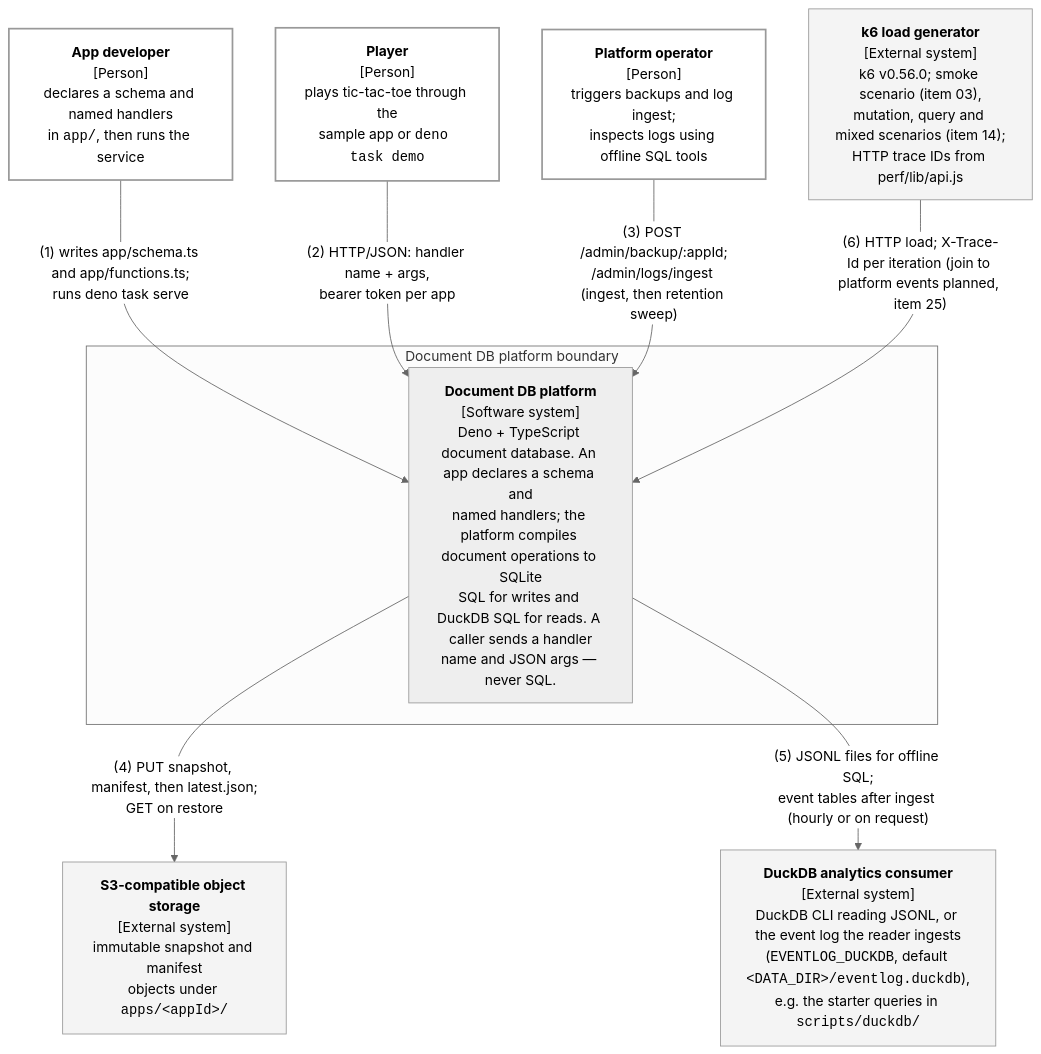
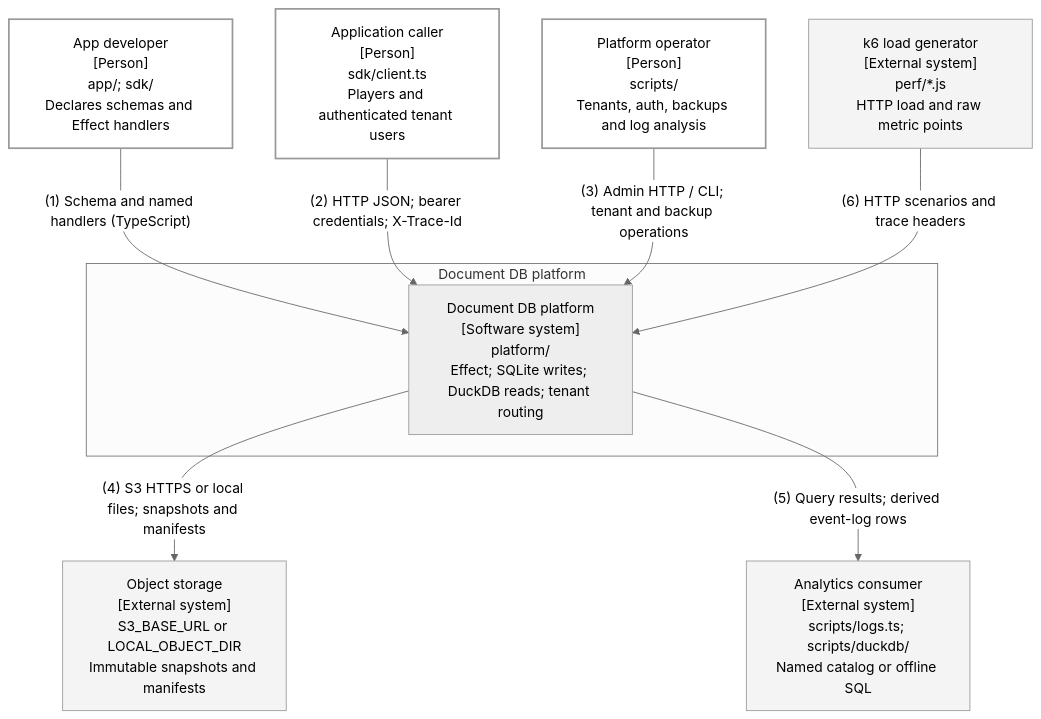
Before and after one commit to nickstrad/ts-db: the diagram in docs/architecture/c4-context-document-db.github.md, drawn with Mermaid (neutral theme). The commit also changed other lines of this file and 17 other files, not shown here.

````diff
--- a/docs/architecture/c4-context-document-db.github.md
+++ b/docs/architecture/c4-context-document-db.github.md
@@ -14,27 +6,27 @@
 ```mermaid
 flowchart TB
-    dev["<b>App developer</b><br/>[Person]<br/>declares a schema and named handlers<br/>in <code>app/</code>, then runs the service"]
-    player["<b>Player</b><br/>[Person]<br/>plays tic-tac-toe through the<br/>sample app or <code>deno task demo</code>"]
-    op["<b>Platform operator</b><br/>[Person]<br/>triggers backups and log ingest;<br/>inspects logs using offline SQL tools"]
-
-    subgraph system["Document DB platform boundary"]
-    plat["<b>Document DB platform</b><br/>[Software system]<br/>Deno + TypeScript document database. An app declares a schema and<br/>named handlers; the platform compiles document operations to SQLite<br/>SQL for writes and DuckDB SQL for reads. A caller sends a handler<br/>name and JSON args — never SQL."]
+    subgraph platform["Document DB platform"]
+        db["Document DB platform<br/>[Software system]<br/>platform/<br/>Effect; SQLite writes; DuckDB reads; tenant routing"]
     end
-
-    s3["<b>S3-compatible object storage</b><br/>[External system]<br/>immutable snapshot and manifest<br/>objects under <code>apps/&lt;appId&gt;/</code>"]
-    duck["<b>DuckDB analytics consumer</b><br/>[External system]<br/>DuckDB CLI reading JSONL, or the event log the reader ingests<br/>(<code>EVENTLOG_DUCKDB</code>, default <code>&lt;DATA_DIR&gt;/eventlog.duckdb</code>),<br/>e.g. the starter queries in <code>scripts/duckdb/</code>"]
-    k6["<b>k6 load generator</b><br/>[External system]<br/>k6 v0.56.0; smoke scenario (item 03),<br/>mutation, query and mixed scenarios (item 14);<br/>HTTP trace IDs from perf/lib/api.js"]
-
-    dev -->|"(1) writes app/schema.ts and app/functions.ts;<br/>runs deno task serve"| plat
-    player -->|"(2) HTTP/JSON: handler name + args,<br/>bearer token per app"| plat
-    op -->|"(3) POST /admin/backup/:appId;<br/>/admin/logs/ingest (ingest, then retention sweep)"| plat
-    plat -->|"(4) PUT snapshot, manifest, then latest.json;<br/>GET on restore"| s3
-    plat -->|"(5) JSONL files for offline SQL;<br/>event tables after ingest (hourly or on request)"| duck
-    k6 -->|"(6) HTTP load; X-Trace-Id per iteration (join to platform events planned, item 25)"| plat
-
+        developer["App developer<br/>[Person]<br/>app/; sdk/<br/>Declares schemas and Effect handlers"]
+        caller["Application caller<br/>[Person]<br/>sdk/client.ts<br/>Players and authenticated tenant users"]
+        operator["Platform operator<br/>[Person]<br/>scripts/<br/>Tenants, auth, backups and log analysis"]
+        objects["Object storage<br/>[External system]<br/>S3_BASE_URL or LOCAL_OBJECT_DIR<br/>Immutable snapshots and manifests"]
+        analytics["Analytics consumer<br/>[External system]<br/>scripts/logs.ts; scripts/duckdb/<br/>Named catalog or offline SQL"]
+        k6["k6 load generator<br/>[External system]<br/>perf/*.js<br/>HTTP load and raw metric points"]
+    developer -->|"(1) Schema and named handlers (TypeScript)"| db
+    caller -->|"(2) HTTP JSON; bearer credentials; X-Trace-Id"| db
+    operator -->|"(3) Admin HTTP / CLI; tenant and backup operations"| db
+    db -->|"(4) S3 HTTPS or local files; snapshots and manifests"| objects
+    db -->|"(5) Query results; derived event-log rows"| analytics
+    k6 -->|"(6) HTTP scenarios and trace headers"| db
     classDef planned stroke-dasharray: 5 3
     classDef person fill:#fff,stroke-width:2px
     classDef external fill:#f4f4f4
-    class dev,player,op person
-    class s3,duck,k6 external
+    class developer person
+    class caller person
+    class operator person
+    class objects external
+    class analytics external
+    class k6 external
 ```
````
